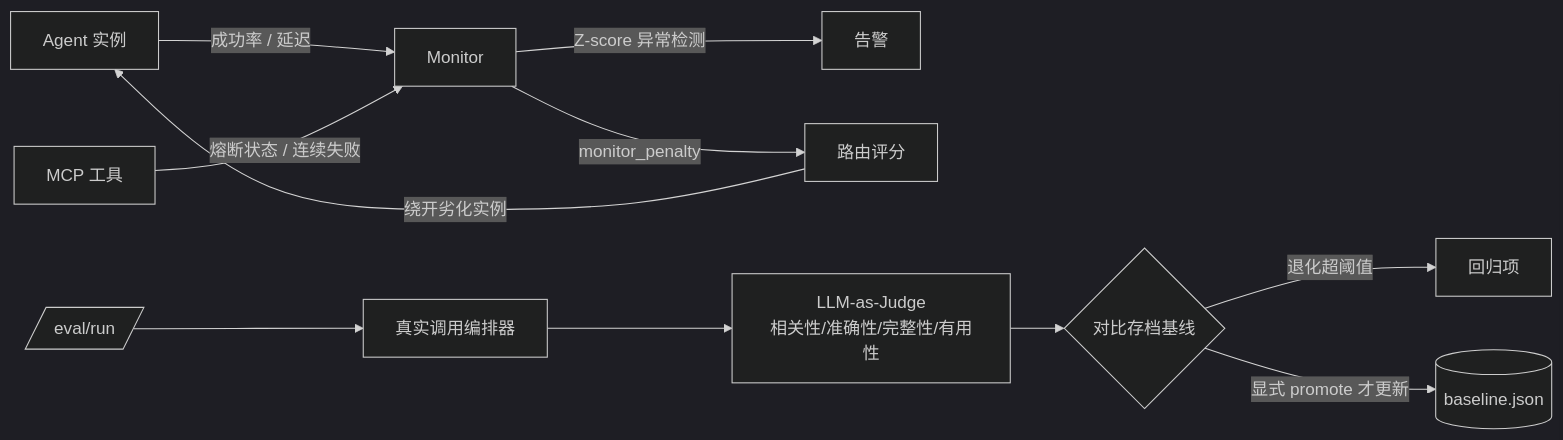
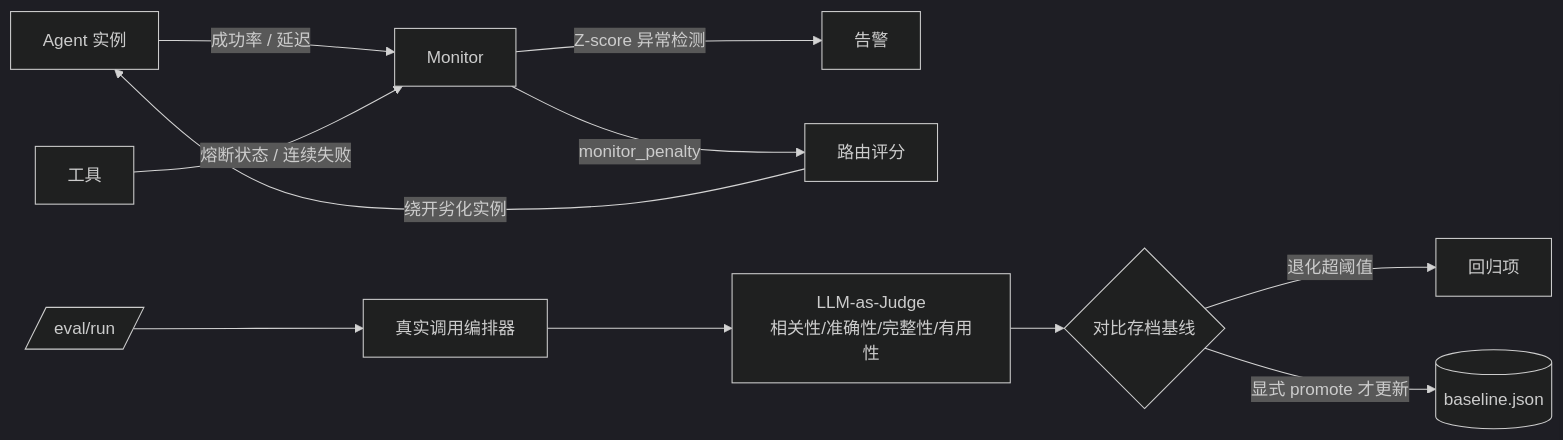
One commit to heyemlee/ai-helpdesk changed the fifth of 6 diagrams in backend/wiki/架构图.md. Above: the diagram before and after it, drawn with Mermaid (dark theme). The commit also changed 14 other files, not shown here.

````diff
--- a/backend/wiki/架构图.md
+++ b/backend/wiki/架构图.md
@@ -123,14 +123,14 @@
 ```mermaid
 flowchart LR
     AG[Agent 实例] -->|成功率 / 延迟| MON[Monitor]
-    TL[MCP 工具] -->|熔断状态 / 连续失败| MON
+    TL[工具] -->|熔断状态 / 连续失败| MON
     MON -->|Z-score 异常检测| AL[告警]
     MON -->|monitor_penalty| RT[路由评分]
     RT -->|绕开劣化实例| AG
 
     EV[/eval/run/] --> ORC[真实调用编排器]
     ORC --> JG[LLM-as-Judge<br/>相关性/准确性/完整性/有用性]
     JG --> CMP{对比存档基线}
     CMP -->|退化超阈值| REG[回归项]
     CMP -->|显式 promote 才更新| BL[(baseline.json)]
 ```
````
